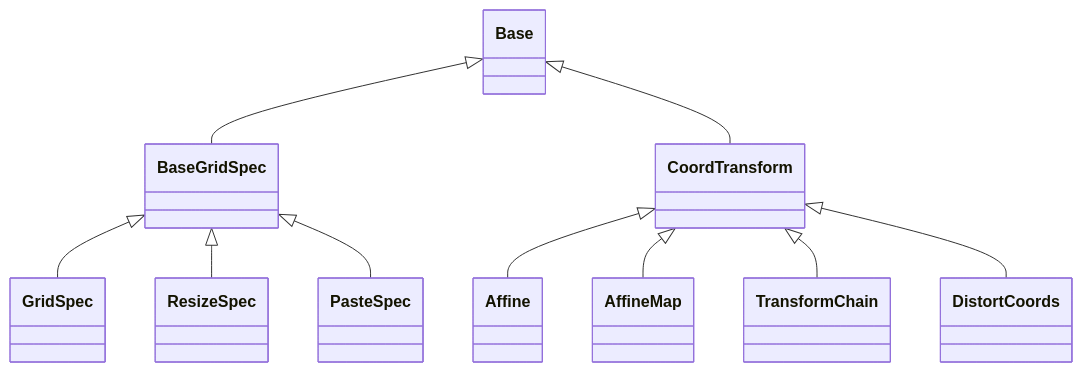
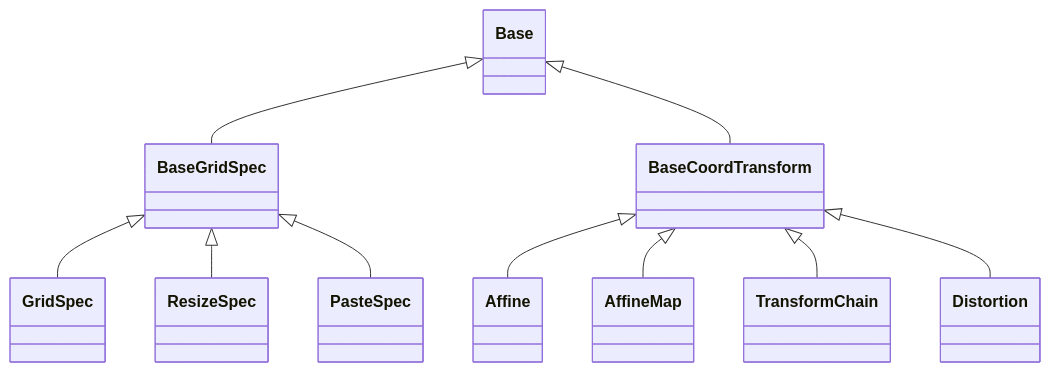
The diagram in docs/API/core/grids.md (LouisDesdoigts/dLux), drawn with Mermaid before and after one commit. The commit also changed other lines of this file and 2 other files, not shown here.

Commit message:
Regenerate coordinate transformation API reference

````diff
--- a/docs/API/core/grids.md
+++ b/docs/API/core/grids.md
@@ -7,31 +7,31 @@
 ```mermaid
 classDiagram
     class dLux_grids_BaseGridSpec["BaseGridSpec"]
     class dLux_grids_GridSpec["GridSpec"]
     class dLux_grids_ResizeSpec["ResizeSpec"]
     class dLux_grids_PasteSpec["PasteSpec"]
-    class dLux_grids_CoordTransform["CoordTransform"]
+    class dLux_grids_BaseCoordTransform["BaseCoordTransform"]
     class dLux_grids_Affine["Affine"]
     class dLux_grids_AffineMap["AffineMap"]
     class dLux_grids_TransformChain["TransformChain"]
-    class dLux_grids_DistortCoords["DistortCoords"]
+    class dLux_grids_Distortion["Distortion"]
     class dLux_base_Base["Base"]
     dLux_base_Base <|-- dLux_grids_BaseGridSpec
     click dLux_grids_BaseGridSpec href "#dLux.grids.BaseGridSpec" "No direct public attributes or methods"
     dLux_grids_BaseGridSpec <|-- dLux_grids_GridSpec
     click dLux_grids_GridSpec href "#dLux.grids.GridSpec" "Attributes: n, d, c, unit · Properties: ndim, shape, scale, axes, xs, coordinates, fov · Methods: broadcast(), match_shape(), resize(), downsample(), oversample(), resample(), from_axes(), build(), axes_for(), xs_for(), transformed(), coordinates_for(), extent()"
     dLux_grids_BaseGridSpec <|-- dLux_grids_ResizeSpec
     click dLux_grids_ResizeSpec href "#dLux.grids.ResizeSpec" "Attributes: n, pad, crop, c · Properties: explicit, padding · Methods: broadcast(), output_size(), crop_size(), pad_array(), crop_array(), crop_axes(), resize()"
     dLux_grids_BaseGridSpec <|-- dLux_grids_PasteSpec
     click dLux_grids_PasteSpec href "#dLux.grids.PasteSpec" "Attributes: n, shape, starts, offsets, d · Properties: coordinates · Methods: from_grid(), paste(), extract()"
-    dLux_base_Base <|-- dLux_grids_CoordTransform
-    click dLux_grids_CoordTransform href "#dLux.grids.CoordTransform" "Methods: get_coordinates(), apply()"
-    dLux_grids_CoordTransform <|-- dLux_grids_Affine
+    dLux_base_Base <|-- dLux_grids_BaseCoordTransform
+    click dLux_grids_BaseCoordTransform href "#dLux.grids.BaseCoordTransform" "Methods: get_coordinates(), apply()"
+    dLux_grids_BaseCoordTransform <|-- dLux_grids_Affine
     click dLux_grids_Affine href "#dLux.grids.Affine" "Attributes: translation, rotation, scale, shear, order · Properties: coeffs"
-    dLux_grids_CoordTransform <|-- dLux_grids_AffineMap
+    dLux_grids_BaseCoordTransform <|-- dLux_grids_AffineMap
     click dLux_grids_AffineMap href "#dLux.grids.AffineMap" "Attributes: matrix, offset"
-    dLux_grids_CoordTransform <|-- dLux_grids_TransformChain
+    dLux_grids_BaseCoordTransform <|-- dLux_grids_TransformChain
     click dLux_grids_TransformChain href "#dLux.grids.TransformChain" "Attributes: transformations"
-    dLux_grids_CoordTransform <|-- dLux_grids_DistortCoords
-    click dLux_grids_DistortCoords href "#dLux.grids.DistortCoords" "Attributes: powers, distortion, shift_invariant"
+    dLux_grids_BaseCoordTransform <|-- dLux_grids_Distortion
+    click dLux_grids_Distortion href "#dLux.grids.Distortion" "Attributes: powers, distortion, shift_invariant"
 ```
````
